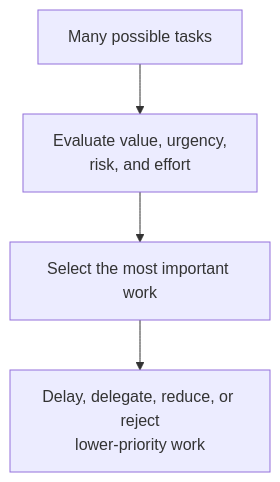
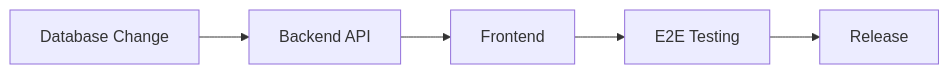
Before and after one commit to AvadhBhalodiya/Interview-Preparation: the second of 8 diagrams in src/content/behavioral/prioritization-tradeoffs.md, drawn with Mermaid. The commit also changed other lines of this file and 54 other files, not shown here.

````diff
--- a/src/content/behavioral/prioritization-tradeoffs.md
+++ b/src/content/behavioral/prioritization-tradeoffs.md
@@ -51,6 +128,7 @@
 ```mermaid
-flowchart TD
-    A[Many possible tasks] --> B["Evaluate value, urgency,<br/>risk, and effort"]
-    B --> C[Select the most important work]
-    C --> D["Delay, delegate, reduce, or reject<br/>lower-priority work"]
+flowchart LR
+    A[Database Change] --> B[Backend API]
+    B --> C[Frontend]
+    C --> D[E2E Testing]
+    D --> E[Release]
 ```
````
